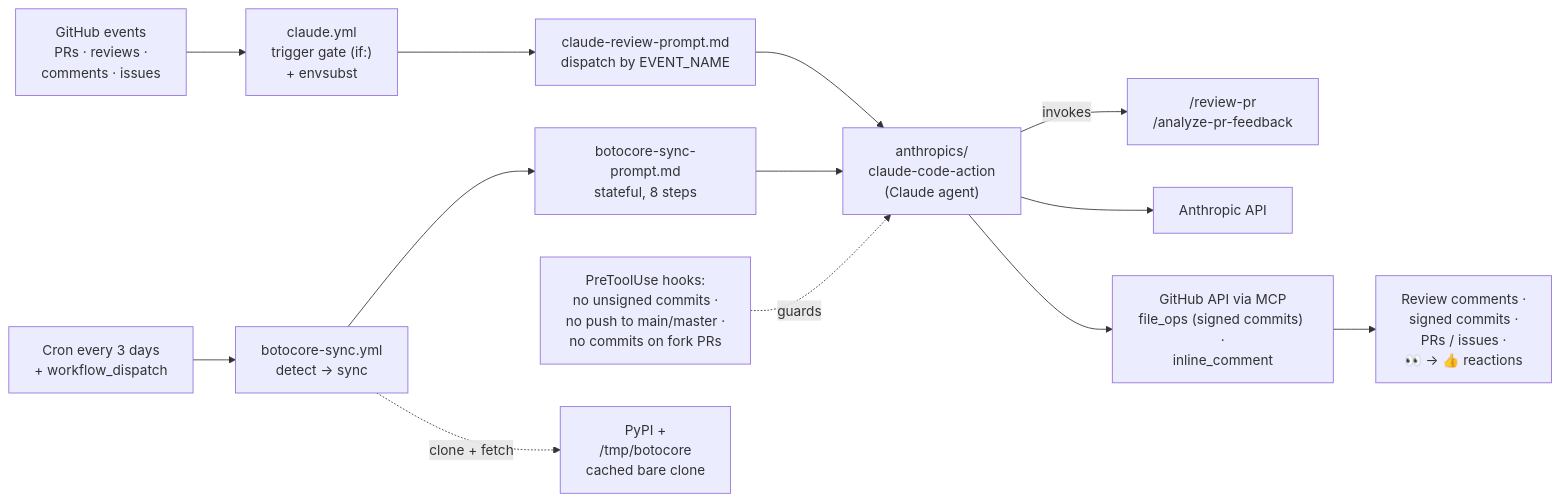
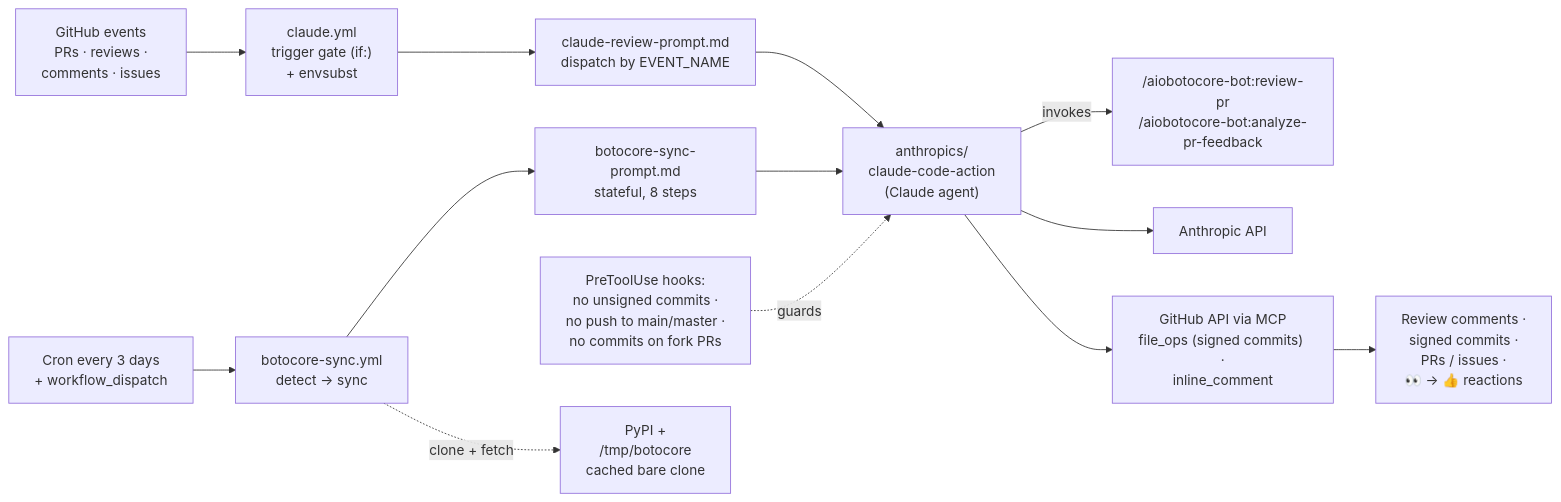
The first of 2 diagrams in docs/ai-workflows.md (aio-libs/aiobotocore), drawn with Mermaid before and after one commit. The commit also changed other lines of this file and 7 other files, not shown here.

````diff
--- a/docs/ai-workflows.md
+++ b/docs/ai-workflows.md
@@ -40,23 +40,23 @@
 ```mermaid
 flowchart LR
     events["GitHub events<br/>PRs · reviews ·<br/>comments · issues"]
     cron["Cron every 3 days<br/>+ workflow_dispatch"]
 
     events --> claude["claude.yml<br/>trigger gate (if:)<br/>+ envsubst"]
     cron --> sync["botocore-sync.yml<br/>detect → sync"]
 
     claude --> reviewPrompt["claude-review-prompt.md<br/>dispatch by EVENT_NAME"]
     sync --> syncPrompt["botocore-sync-prompt.md<br/>stateful, 8 steps"]
 
     reviewPrompt --> action["anthropics/<br/>claude-code-action<br/>(Claude agent)"]
     syncPrompt --> action
 
-    action -->|invokes| commands["/review-pr<br/>/analyze-pr-feedback"]
+    action -->|invokes| commands["/aiobotocore-bot:review-pr<br/>/aiobotocore-bot:analyze-pr-feedback"]
     hooks["PreToolUse hooks:<br/>no unsigned commits ·<br/>no push to main/master ·<br/>no commits on fork PRs"] -.guards.-> action
 
     action --> anthropic["Anthropic API"]
     action --> ghMCP["GitHub API via MCP<br/>file_ops (signed commits) ·<br/>inline_comment"]
     sync -.clone + fetch.-> botoMirror["PyPI +<br/>/tmp/botocore<br/>cached bare clone"]
 
     ghMCP --> outputs["Review comments ·<br/>signed commits ·<br/>PRs / issues ·<br/>👀 → 👍 reactions"]
 ```
````
